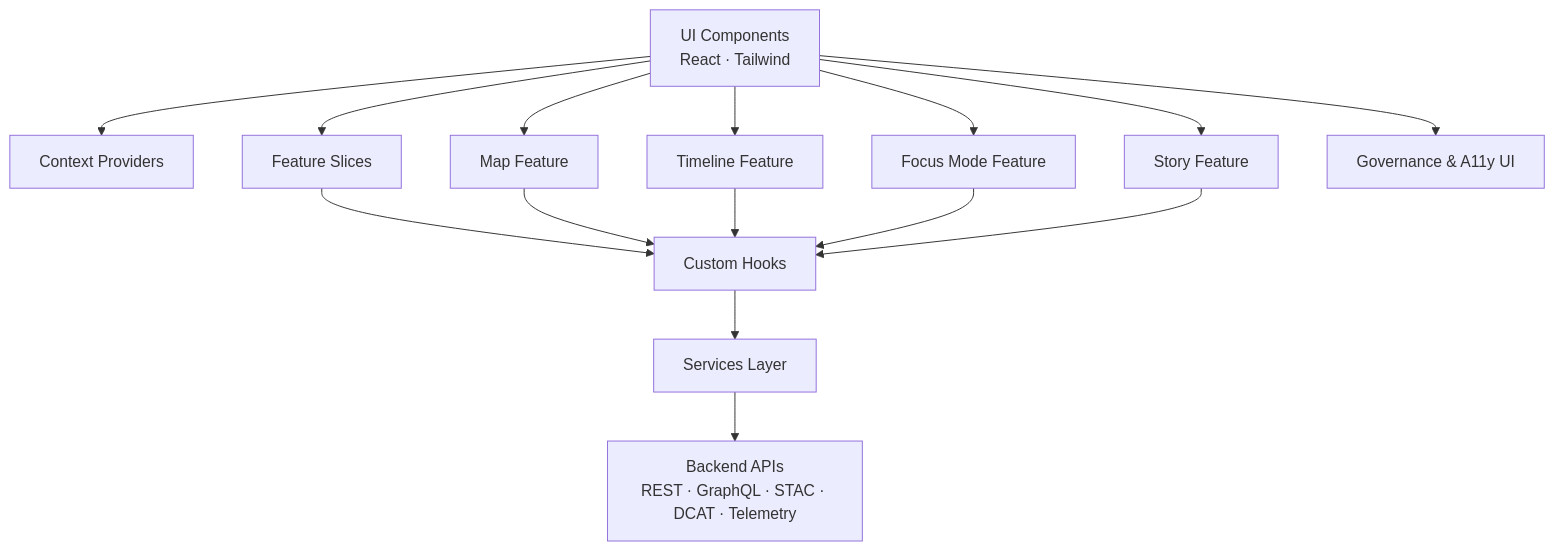
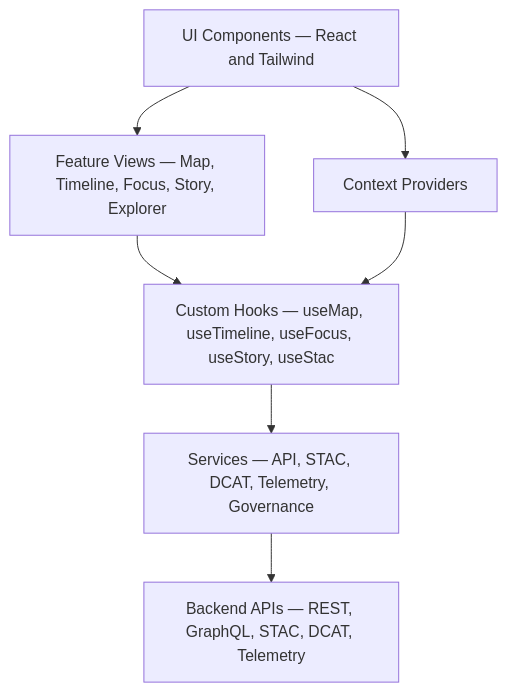
One commit to bartytime4life/Kansas-Frontier-Matrix changed the diagram in web/src/ARCHITECTURE.md. Above: the diagram before and after it, drawn with Mermaid. The commit also changed other lines of this file, not shown here.

````diff
--- a/web/src/ARCHITECTURE.md
+++ b/web/src/ARCHITECTURE.md
@@ -183,20 +131,9 @@
 ```mermaid
 flowchart TD
-    UI[UI Components<br/>React · Tailwind] --> CTX[Context Providers]
-    UI --> FEAT[Feature Slices]
-    UI --> MAP[Map Feature]
-    UI --> TL[Timeline Feature]
-    UI --> FM[Focus Mode Feature]
-    UI --> STORY[Story Feature]
-    UI --> GOVUI[Governance & A11y UI]
-
-    FEAT --> HK[Custom Hooks]
-    HK --> SVC[Services Layer]
-
-    MAP --> HK
-    TL  --> HK
-    FM  --> HK
-    STORY --> HK
-
-    SVC --> API[Backend APIs<br/>REST · GraphQL · STAC · DCAT · Telemetry]
+    UI["UI Components — React and Tailwind"] --> CTX["Context Providers"]
+    UI --> FEAT["Feature Views — Map, Timeline, Focus, Story, Explorer"]
+    FEAT --> HK["Custom Hooks — useMap, useTimeline, useFocus, useStory, useStac"]
+    HK --> SVC["Services — API, STAC, DCAT, Telemetry, Governance"]
+    CTX --> HK
+    SVC --> API["Backend APIs — REST, GraphQL, STAC, DCAT, Telemetry"]
 ```
````
